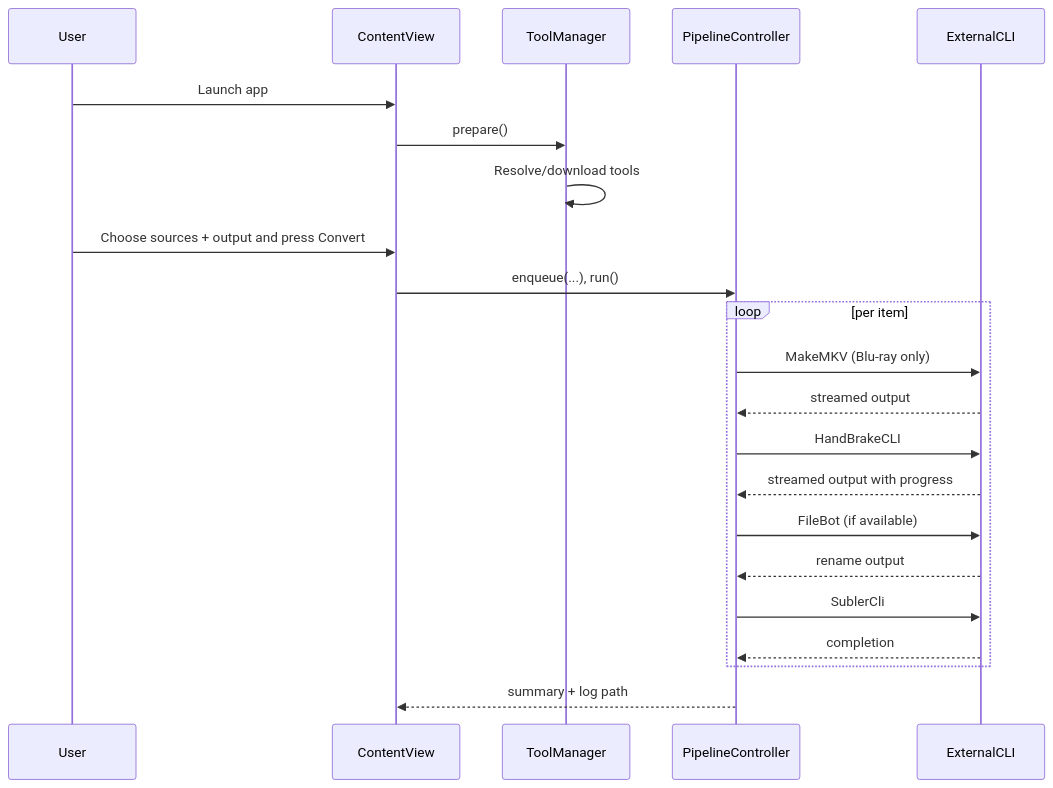
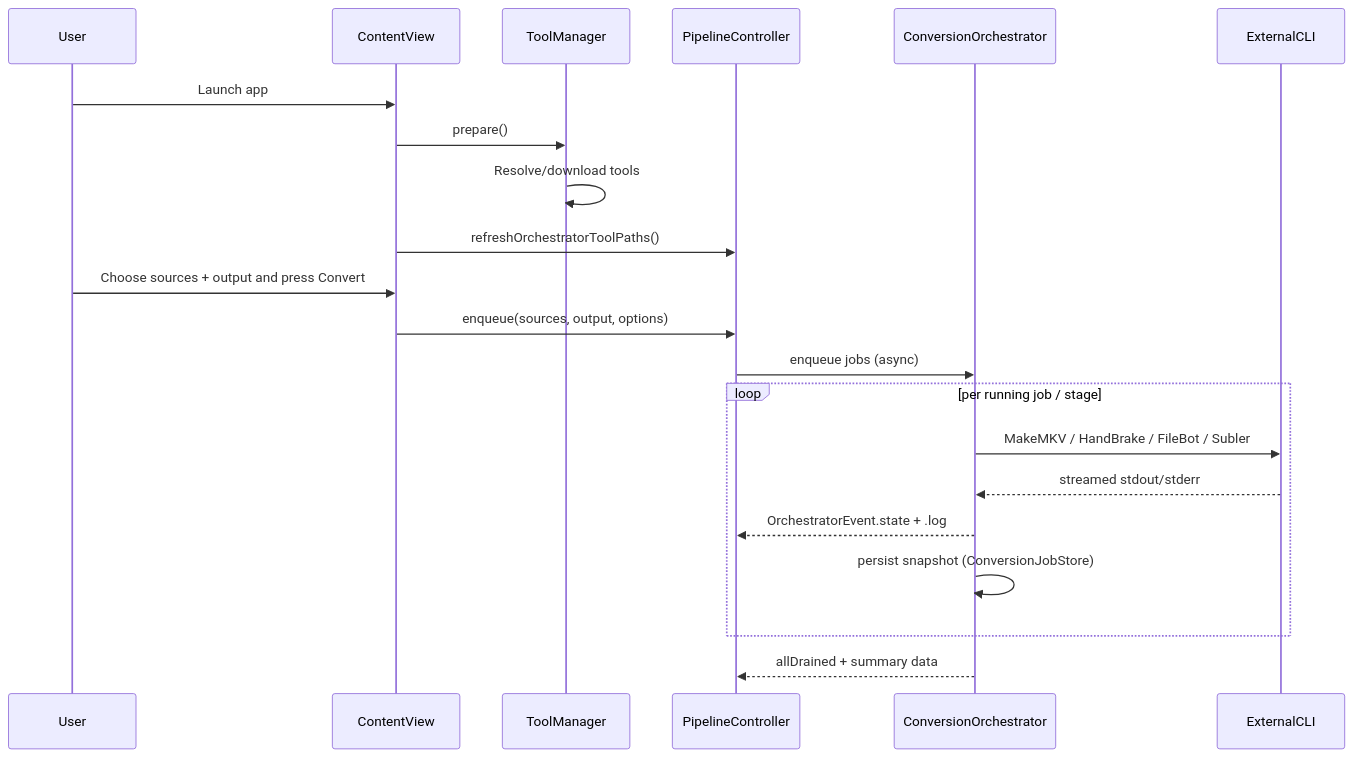
The third of 6 diagrams in README.md (roto31/Media-Magic), drawn with Mermaid before and after one commit. The commit also changed other lines of this file and 16 other files, not shown here.

````diff
--- a/README.md
+++ b/README.md
@@ -63,25 +80,24 @@
 ```mermaid
 sequenceDiagram
     participant User
     participant UI as ContentView
     participant TM as ToolManager
     participant PC as PipelineController
+    participant OR as ConversionOrchestrator
     participant CLI as ExternalCLI
 
     User->>UI: Launch app
     UI->>TM: prepare()
     TM->>TM: Resolve/download tools
+    UI->>PC: refreshOrchestratorToolPaths()
     User->>UI: Choose sources + output and press Convert
-    UI->>PC: enqueue(...), run()
-    loop per item
-        PC->>CLI: MakeMKV (Blu-ray only)
-        CLI-->>PC: streamed output
-        PC->>CLI: HandBrakeCLI
-        CLI-->>PC: streamed output with progress
-        PC->>CLI: FileBot (if available)
-        CLI-->>PC: rename output
-        PC->>CLI: SublerCli
-        CLI-->>PC: completion
+    UI->>PC: enqueue(sources, output, options)
+    PC->>OR: enqueue jobs (async)
+    loop per running job / stage
+        OR->>CLI: MakeMKV / HandBrake / FileBot / Subler
+        CLI-->>OR: streamed stdout/stderr
+        OR-->>PC: OrchestratorEvent.state + .log
+        OR->>OR: persist snapshot (ConversionJobStore)
     end
-    PC-->>UI: summary + log path
+    OR-->>PC: allDrained + summary data
 ```
````
